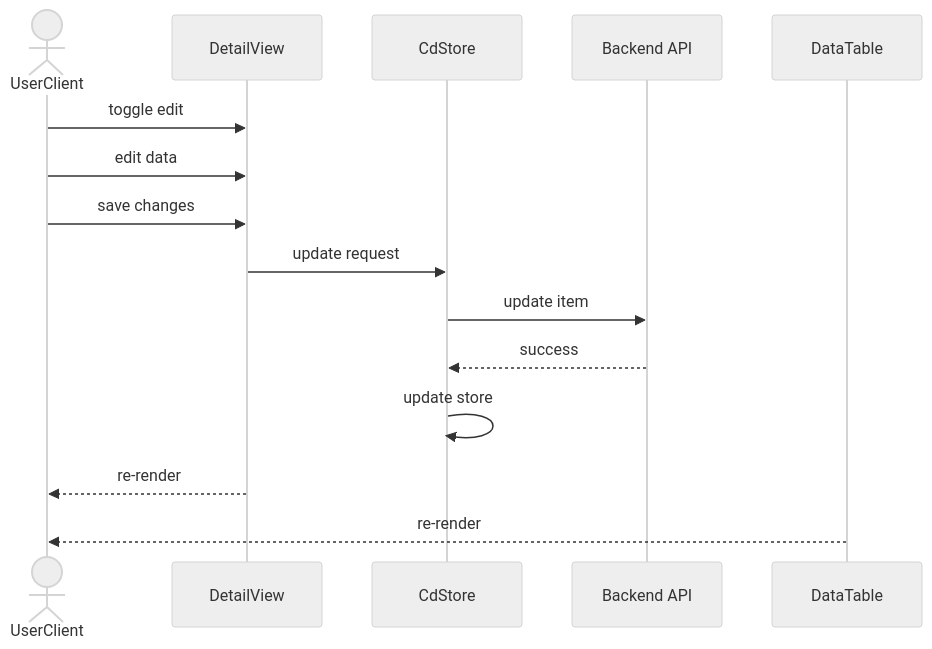
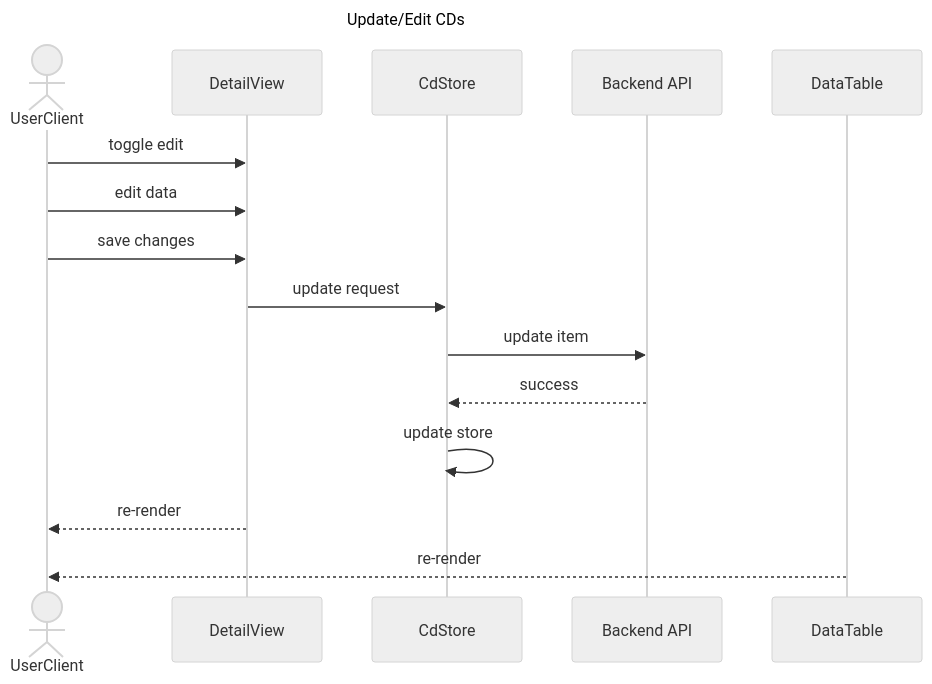
The fourth of 6 diagrams in PROJECT/SAS/SAS.md (DHBW-TINF24F/Team1-BaSyx-ConceptDescription-Manager), drawn with Mermaid (neutral theme) before and after one commit. The commit also changed other lines of this file, not shown here.

````diff
--- a/PROJECT/SAS/SAS.md
+++ b/PROJECT/SAS/SAS.md
@@ -178,18 +214,20 @@
 ```mermaid
 sequenceDiagram
+    title Update/Edit CDs
+    
     actor UC as UserClient
     participant DV as DetailView
     participant Store as CdStore
     participant API as Backend API
     participant DT as DataTable
 
     UC->>DV: toggle edit
     UC->>DV: edit data
     UC->>DV: save changes
     DV->>Store: update request
     Store->>API: update item
     API-->>Store: success
     Store->>Store: update store
     DV-->>UC: re-render
     DT-->>UC: re-render
 ```
````
